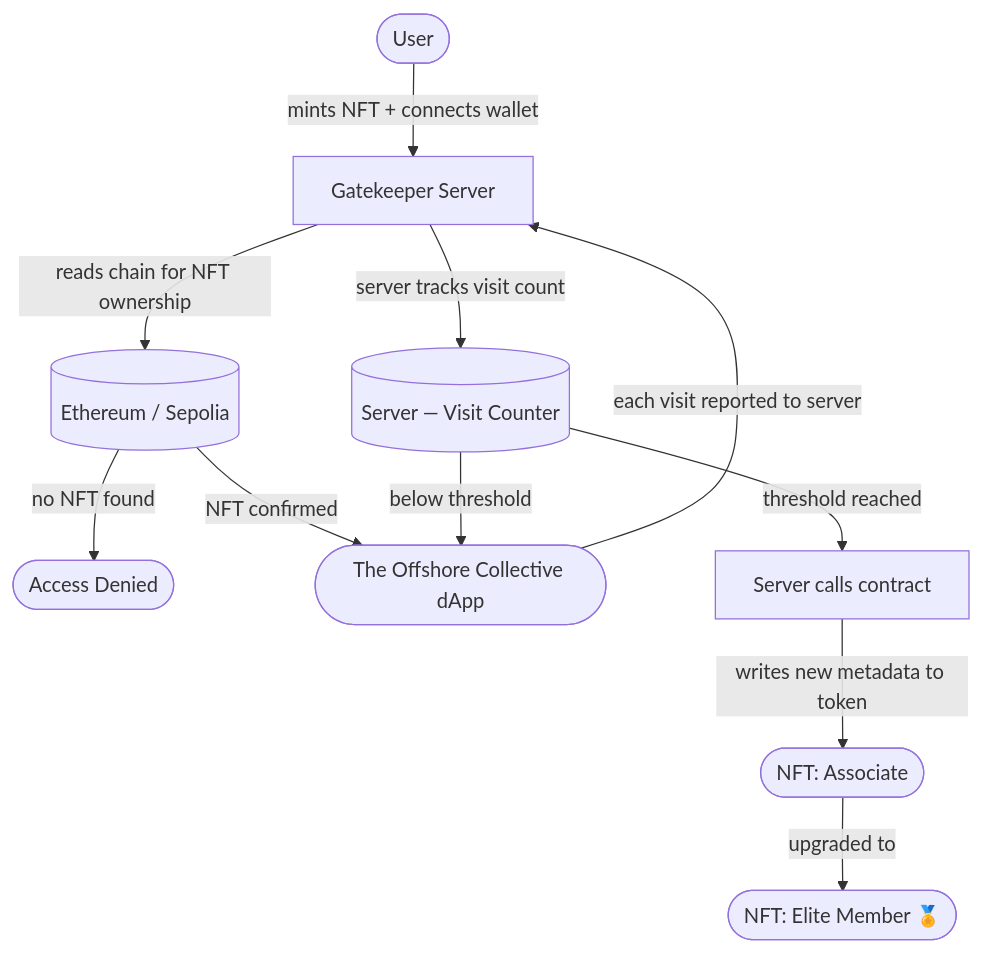
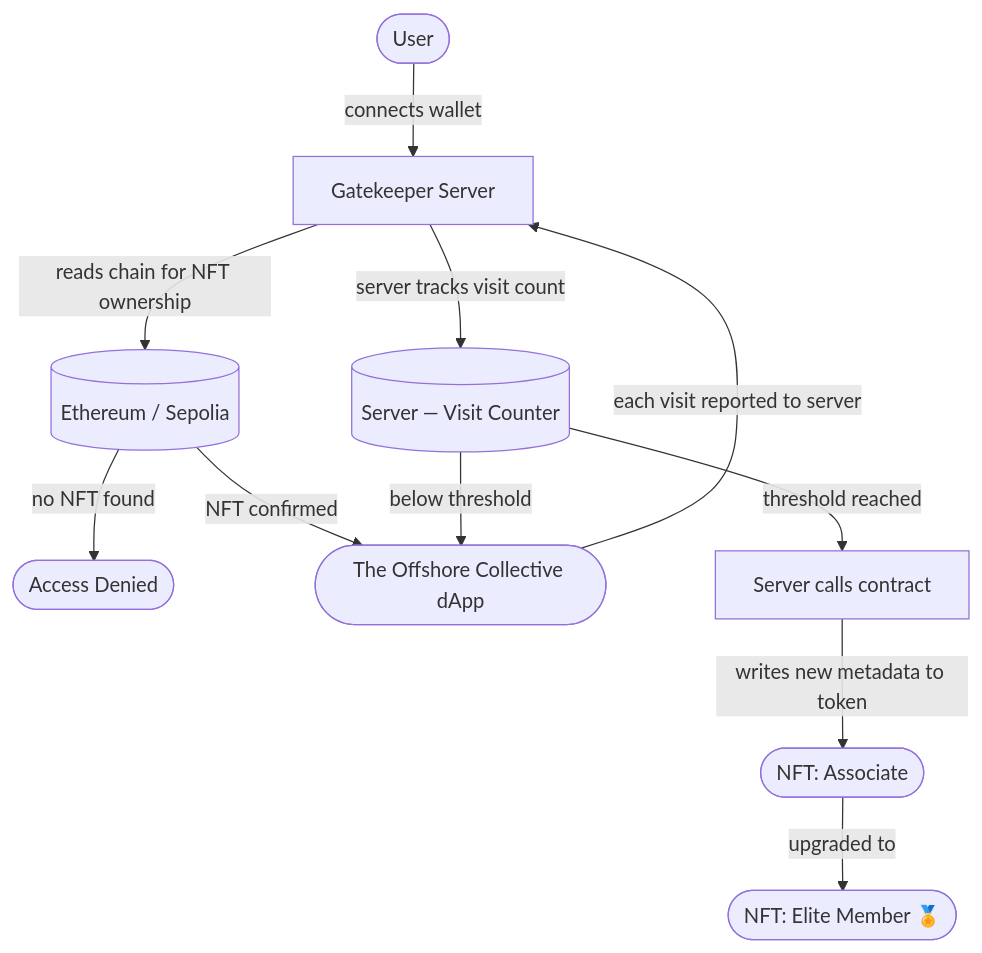
The diagram in README.md (MashiyaL/MashiyaL), drawn with Mermaid before and after one commit. The commit also changed other lines of this file, not shown here.

````diff
--- a/README.md
+++ b/README.md
@@ -108,15 +108,15 @@
 ```mermaid
 flowchart TD
-    A([User]) -->|mints NFT + connects wallet| B[Gatekeeper Server]
+    A([User]) -->|connects wallet| B[Gatekeeper Server]
     B -->|reads chain for NFT ownership| C[(Ethereum / Sepolia)]
     C -->|no NFT found| D([Access Denied])
     C -->|NFT confirmed| E([The Offshore Collective dApp])
 
     E -->|each visit reported to server| B
     B -->|server tracks visit count| F[(Server — Visit Counter)]
     F -->|below threshold| E
     F -->|threshold reached| G[Server calls contract]
 
     G -->|writes new metadata to token| H([NFT: Associate])
     H -->|upgraded to| I([NFT: Elite Member 🏅])
 ```
````
